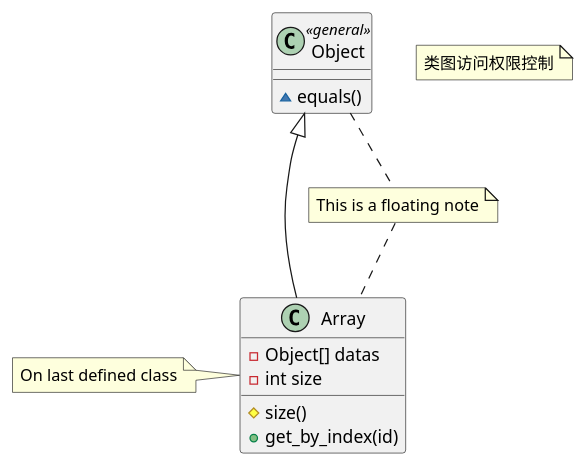
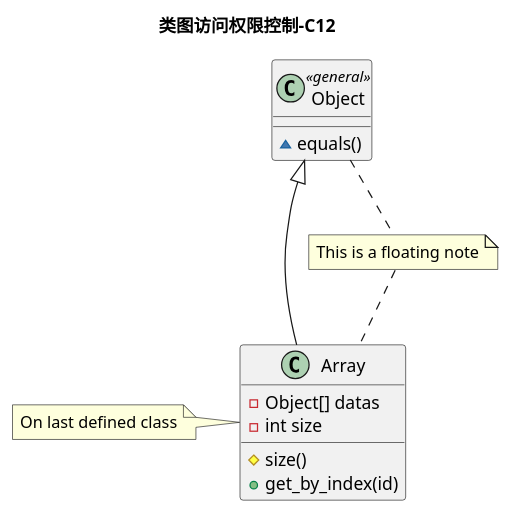
The seventh of 24 diagrams in README.md (securitgithub/plantumlforvscode), drawn with PlantUML before and after one commit. The commit also changed other lines of this file and 6 other files, not shown here.

````diff
--- a/README.md
+++ b/README.md
@@ -322,24 +323,24 @@
 ```plantuml
 @startuml
-note "类图访问权限控制" as C2
+title 类图访问权限控制-C12
 
 class Object << general >>
 Object <|- Array
 Object : ~ equals()
 
 note "This is a floating note" as N1
 
 Object .. N1
 N1 .. Array
 
 class Array
 note left: On last defined class
 
 Array : - Object[] datas
 Array : # size()
 class Array {
     - int size
     + get_by_index(id)
 }
 @enduml
 ```
````
